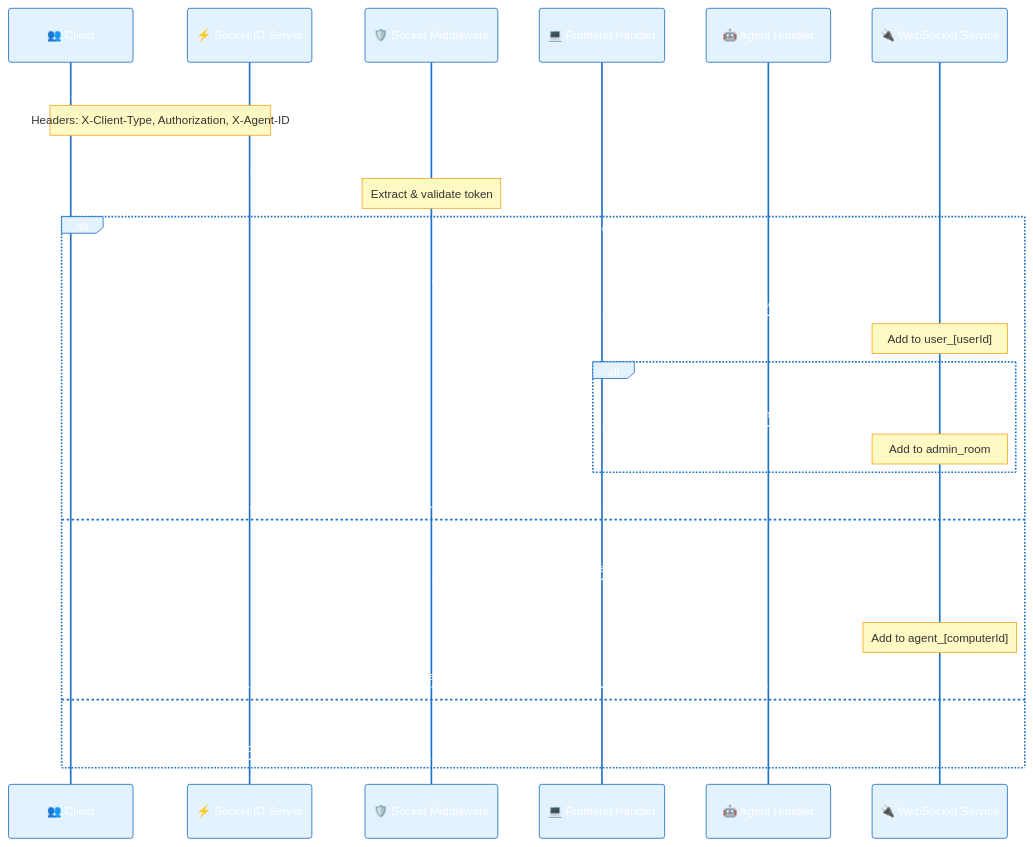
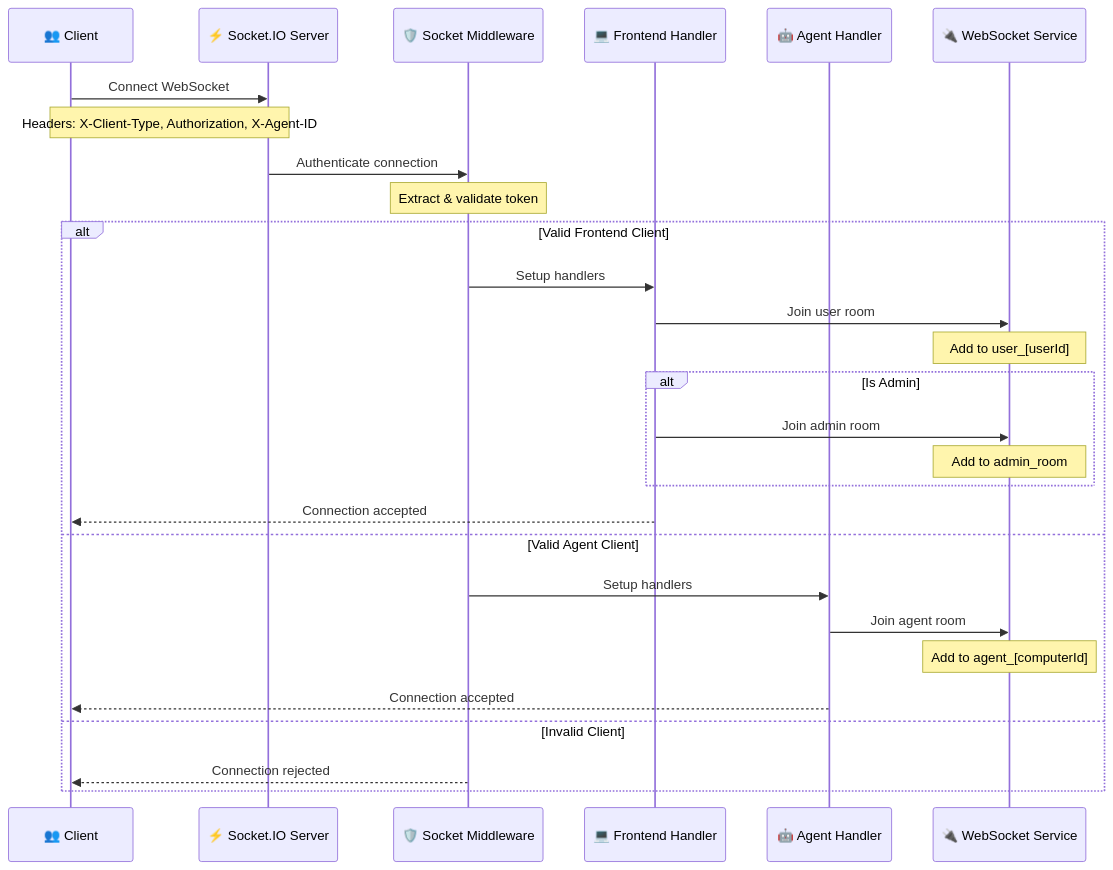
One commit to LoGGGG2402/computer-management-system changed the seventh of 16 diagrams in backend/docs/flow.md. Above: the diagram before and after it, drawn with Mermaid. The commit also changed other lines of this file and 60 other files, not shown here.

````diff
--- a/backend/docs/flow.md
+++ b/backend/docs/flow.md
@@ -272,55 +227,37 @@
 ```mermaid
-%%{init: {
-    'theme': 'base',
-    'themeVariables': {
-        'primaryColor': '#4a90e2',
-        'primaryTextColor': '#ffffff',
-        'primaryBorderColor': '#2171c7',
-        'secondaryColor': '#82b1ff',
-        'tertiaryColor': '#b6e3ff',
-        'noteTextColor': '#333',
-        'noteBkgColor': '#fff9c4',
-        'noteBorderColor': '#f9a825',
-        'actorBkg': '#e3f2fd',
-        'actorBorder': '#2171c7'
-    },
-    'fontFamily': 'Arial',
-    'fontSize': '14px'
-}}%%
-
 sequenceDiagram
     participant Client as 👥 Client
     participant BE_SocketIO as ⚡ Socket.IO Server
     participant SocketMiddleware as 🛡️ Socket Middleware
     participant FrontendHandler as 💻 Frontend Handler
     participant AgentHandler as 🤖 Agent Handler
     participant WebSocketService as 🔌 WebSocket Service
 
     Client->>BE_SocketIO: Connect WebSocket
     Note over Client,BE_SocketIO: Headers: X-Client-Type, Authorization, X-Agent-ID
 
     BE_SocketIO->>SocketMiddleware: Authenticate connection
     Note over SocketMiddleware: Extract & validate token
-    
+
     alt Valid Frontend Client
         SocketMiddleware->>FrontendHandler: Setup handlers
         FrontendHandler->>WebSocketService: Join user room
         Note over WebSocketService: Add to user_[userId]
-        
+
         alt Is Admin
             FrontendHandler->>WebSocketService: Join admin room
             Note over WebSocketService: Add to admin_room
         end
-        
+
         FrontendHandler-->>Client: Connection accepted
-        
+
     else Valid Agent Client
         SocketMiddleware->>AgentHandler: Setup handlers
         AgentHandler->>WebSocketService: Join agent room
         Note over WebSocketService: Add to agent_[computerId]
         AgentHandler-->>Client: Connection accepted
-        
+
     else Invalid Client
         SocketMiddleware-->>Client: Connection rejected
     end
 ```
````
